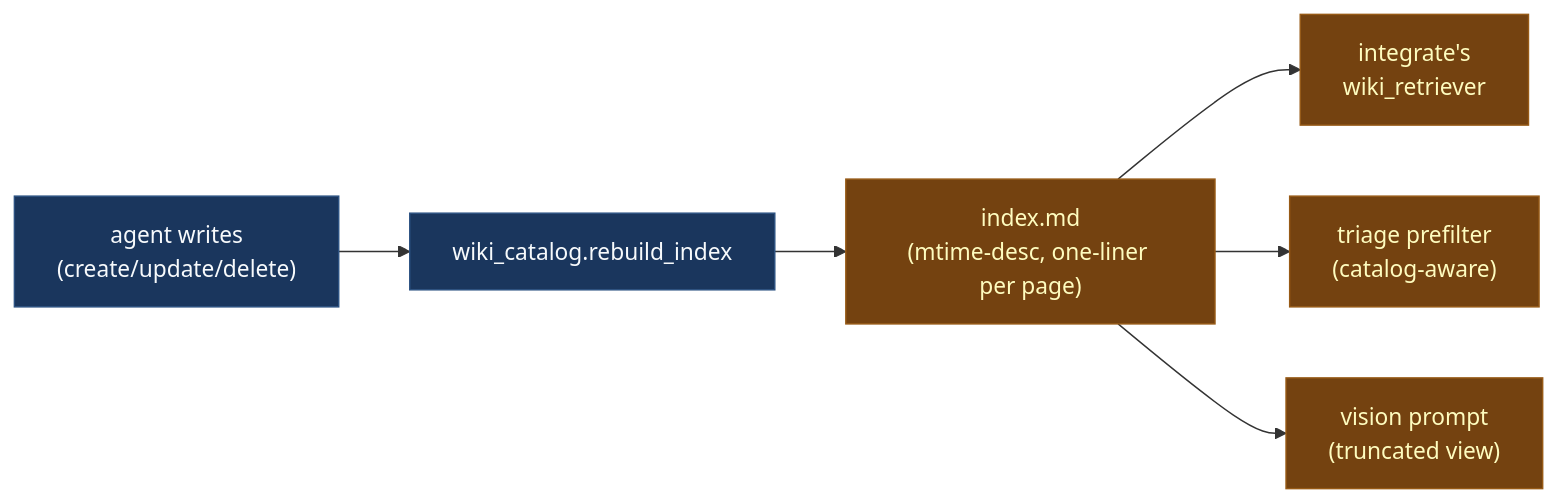
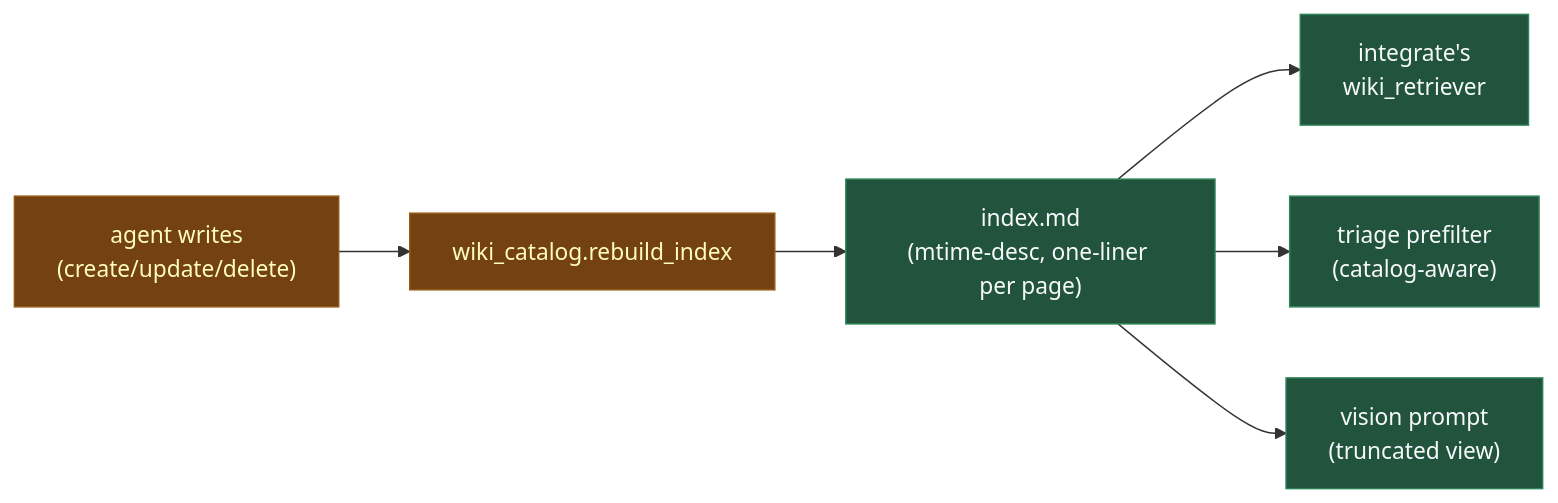
Before and after one commit to dwurtz/lighthouse: the diagram in docs-site/docs/wiki.md, drawn with Mermaid. The commit also changed other lines of this file and 11 other files, not shown here.

````diff
--- a/docs-site/docs/wiki.md
+++ b/docs-site/docs/wiki.md
@@ -75,13 +75,16 @@
 ```mermaid
 flowchart LR
     Writes["agent writes<br/>(create/update/delete)"] --> Rebuild[wiki_catalog.rebuild_index]
     Rebuild --> Idx["index.md<br/>(mtime-desc, one-liner per page)"]
     Idx --> R1["integrate's<br/>wiki_retriever"]
     Idx --> R2["triage prefilter<br/>(catalog-aware)"]
     Idx --> R3["vision prompt<br/>(truncated view)"]
 
-    classDef op fill:#1a365d,stroke:#2c5282,color:#f7fafc
-    classDef idx fill:#744210,stroke:#975a16,color:#fefcbf
-    class Writes,Rebuild op
-    class Idx,R1,R2,R3 idx
+    classDef source  fill:#1a365d,stroke:#2c5282,color:#f7fafc
+    classDef wiki    fill:#22543d,stroke:#2f855a,color:#f7fafc
+    classDef process fill:#744210,stroke:#975a16,color:#fefcbf
+    classDef cos     fill:#975a16,stroke:#d69e2e,color:#fefcbf
+    classDef aside   fill:#3d3d3d,stroke:#555,color:#ccc
+    class Writes,Rebuild process
+    class Idx,R1,R2,R3 wiki
 ```
````
